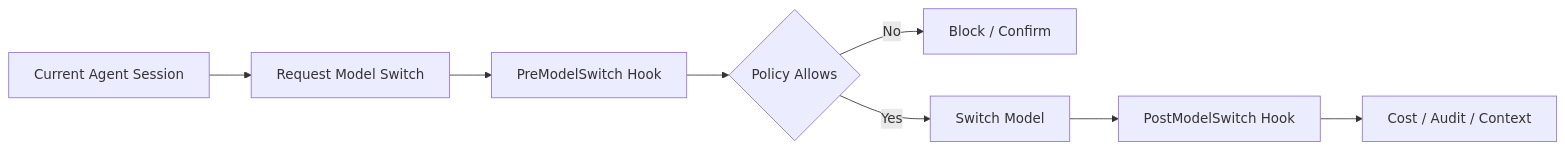
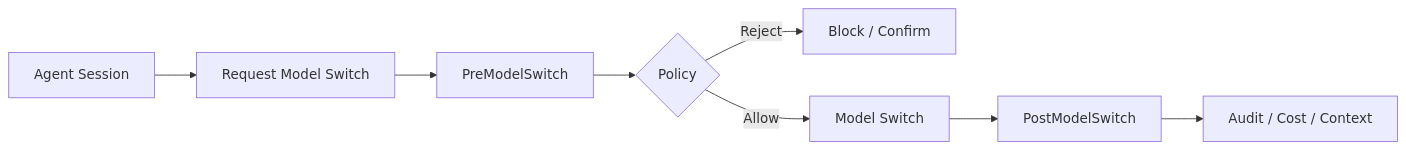
One commit to wlf186/ai-daily-headlines changed diagram 15 of 20 in 260829.md. Above: the diagram before and after it, drawn with Mermaid. The commit also changed other lines of this file, not shown here.

````diff
--- a/260829.md
+++ b/260829.md
@@ -795,10 +714,10 @@
 ```mermaid
 flowchart LR
-    C1[Current Agent Session] --> C2[Request Model Switch]
-    C2 --> C3[PreModelSwitch Hook]
-    C3 --> C4{Policy Allows}
-    C4 -- No --> C5[Block / Confirm]
-    C4 -- Yes --> C6[Switch Model]
-    C6 --> C7[PostModelSwitch Hook]
-    C7 --> C8[Cost / Audit / Context]
+    C1[Agent Session] --> C2[Request Model Switch]
+    C2 --> C3[PreModelSwitch]
+    C3 --> C4{Policy}
+    C4 -- Reject --> C5[Block / Confirm]
+    C4 -- Allow --> C6[Model Switch]
+    C6 --> C7[PostModelSwitch]
+    C7 --> C8[Audit / Cost / Context]
 ```
````
